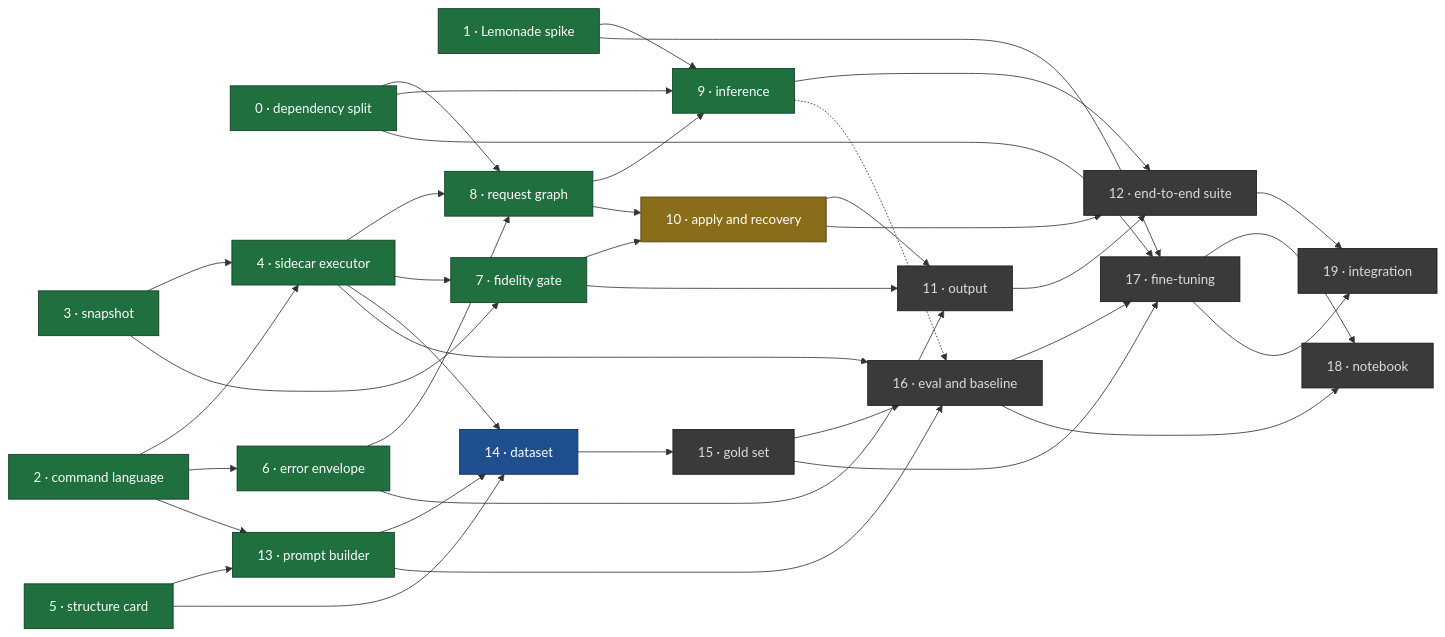
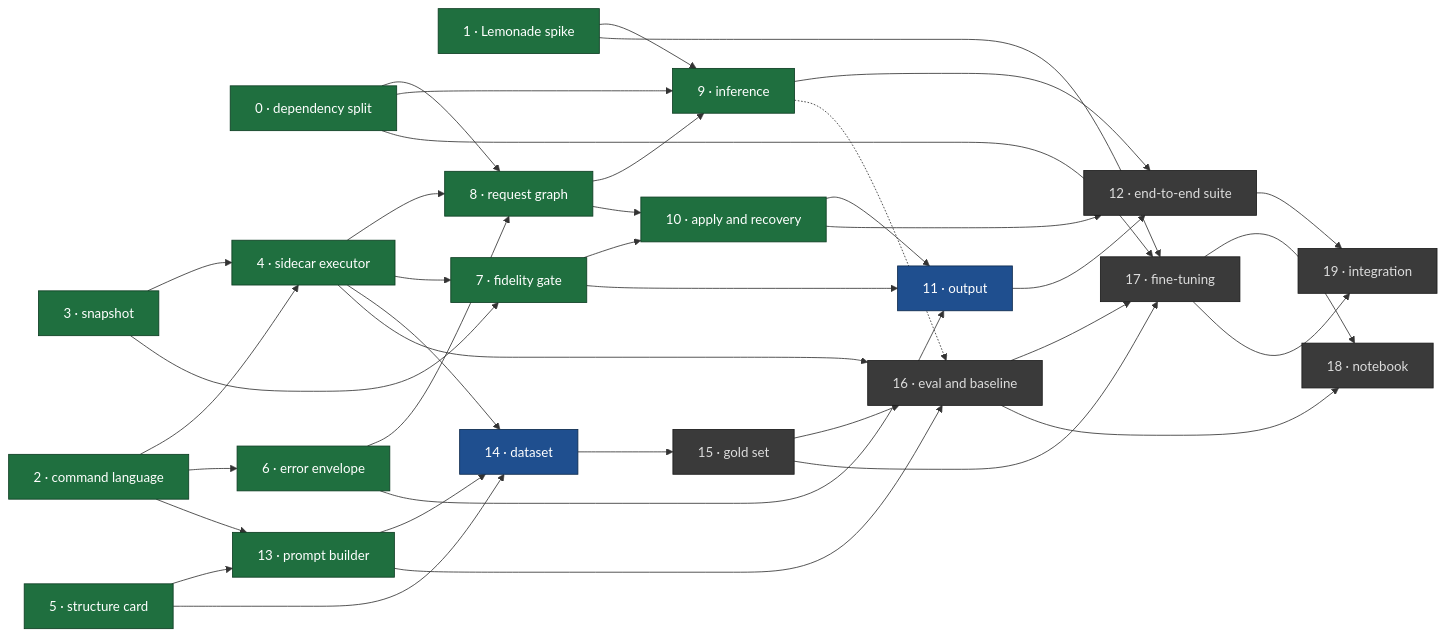
Before and after one commit to urban233/pymol-copilot: the diagram in docs/master_plan.md, drawn with Mermaid. The commit also changed other lines of this file, not shown here.

Commit message:
fix(master_plan): update state and dependency graph to reflect merged PR #51

````diff
--- a/docs/master_plan.md
+++ b/docs/master_plan.md
@@ -112,67 +112,67 @@
 ```mermaid
 flowchart LR
   classDef done fill:#1f6f3f,stroke:#0d3d22,color:#fff
   classDef review fill:#8a6d1a,stroke:#4d3c0c,color:#fff
   classDef ready fill:#1f4f8f,stroke:#0d2a4d,color:#fff
   classDef progress fill:#6a3d9a,stroke:#3a1f57,color:#fff
   classDef blocked fill:#3a3a3a,stroke:#1a1a1a,color:#ddd
 
   I0["0 · dependency split"]:::done
   I1["1 · Lemonade spike"]:::done
   I2["2 · command language"]:::done
   I3["3 · snapshot"]:::done
   I4["4 · sidecar executor"]:::done
   I5["5 · structure card"]:::done
   I6["6 · error envelope"]:::done
   I7["7 · fidelity gate"]:::done
   I8["8 · request graph"]:::done
   I9["9 · inference"]:::done
-  I10["10 · apply and recovery"]:::review
-  I11["11 · output"]:::blocked
+  I10["10 · apply and recovery"]:::done
+  I11["11 · output"]:::ready
   I12["12 · end-to-end suite"]:::blocked
   I13["13 · prompt builder"]:::done
   I14["14 · dataset"]:::ready
   I15["15 · gold set"]:::blocked
   I16["16 · eval and baseline"]:::blocked
   I17["17 · fine-tuning"]:::blocked
   I18["18 · notebook"]:::blocked
   I19["19 · integration"]:::blocked
 
   I2 --> I4
   I3 --> I4
   I2 --> I6
   I0 --> I8
   I4 --> I8
   I6 --> I8
   I3 --> I7
   I4 --> I7
   I0 --> I9
   I1 --> I9
   I8 --> I9
   I7 --> I10
   I8 --> I10
   I6 --> I11
   I7 --> I11
   I10 --> I11
   I9 --> I12
   I10 --> I12
   I11 --> I12
   I2 --> I13
   I5 --> I13
   I4 --> I14
   I5 --> I14
   I13 --> I14
   I14 --> I15
   I15 --> I16
   I13 --> I16
   I4 --> I16
   I9 -.-> I16
   I1 --> I17
   I0 --> I17
   I15 --> I17
   I16 --> I17
   I16 --> I18
   I17 --> I18
   I12 --> I19
   I17 --> I19
 ```
````
